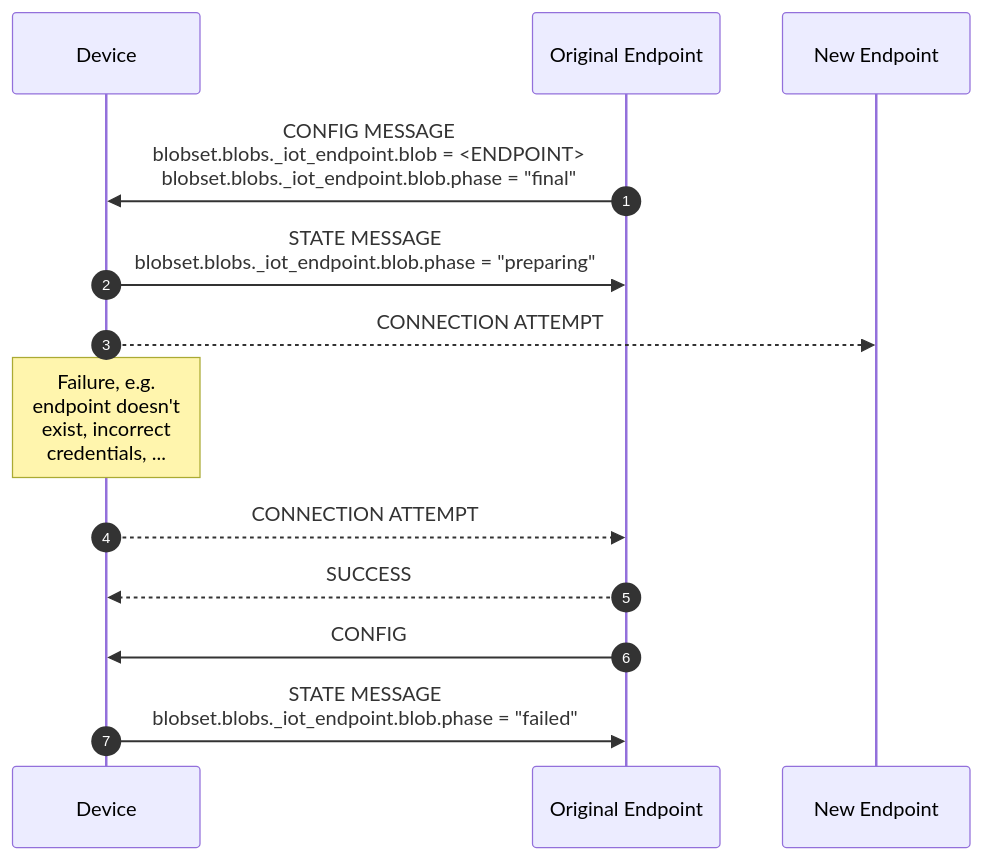
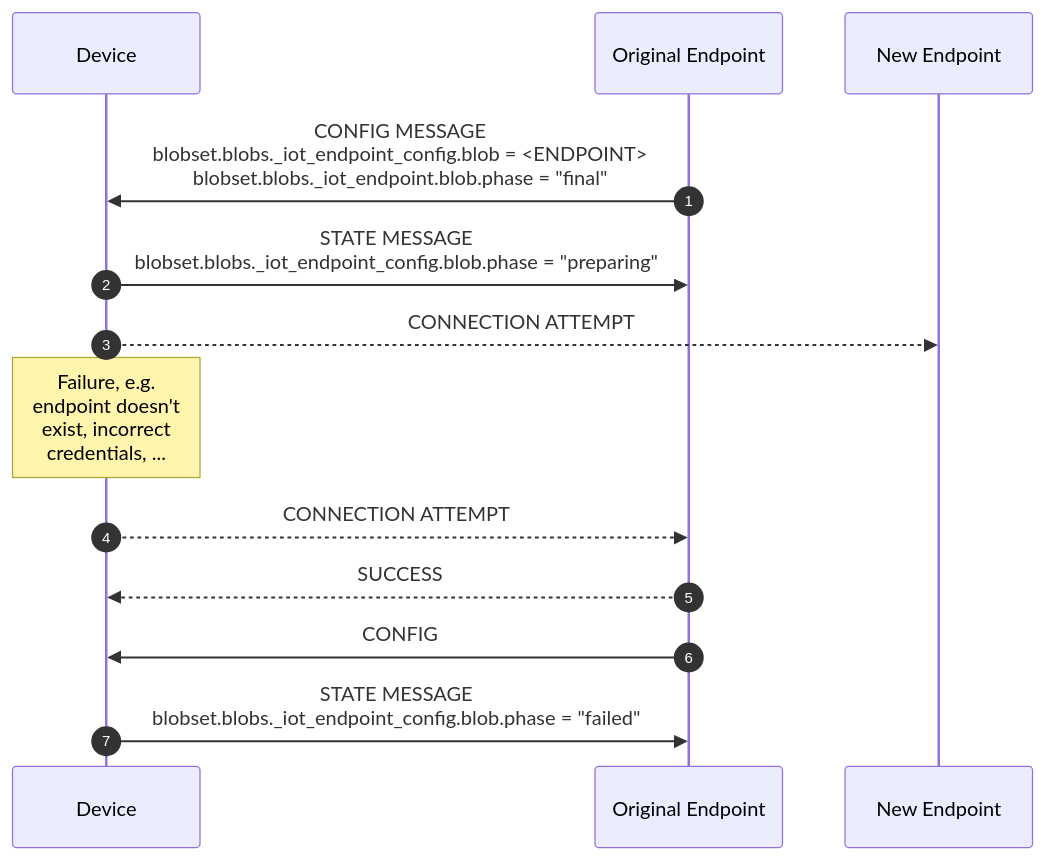
One commit to faucetsdn/udmi changed the second of 2 diagrams in docs/specs/sequences/endpoint_reconfiguration.md. Above: the diagram before and after it, drawn with Mermaid. The commit also changed other lines of this file, not shown here.

Commit message:
rename _iot_endpoint to _iot_endpoint_config

````diff
--- a/docs/specs/sequences/endpoint_reconfiguration.md
+++ b/docs/specs/sequences/endpoint_reconfiguration.md
@@ -37,17 +37,17 @@
 ```mermaid
 %%{wrap}%%
 sequenceDiagram
     autonumber
     participant D as Device
     participant E as Original Endpoint
     participant E' as New Endpoint
-    E->>D:CONFIG MESSAGE<br>blobset.blobs._iot_endpoint.blob = <ENDPOINT><br>blobset.blobs._iot_endpoint.blob.phase = "final"
-    D->>E:STATE MESSAGE<BR>blobset.blobs._iot_endpoint.blob.phase = "preparing"
+    E->>D:CONFIG MESSAGE<br>blobset.blobs._iot_endpoint_config.blob = <ENDPOINT><br>blobset.blobs._iot_endpoint.blob.phase = "final"
+    D->>E:STATE MESSAGE<BR>blobset.blobs._iot_endpoint_config.blob.phase = "preparing"
     D-->>E':CONNECTION ATTEMPT
     note over D: Failure, e.g. endpoint doesn't exist, incorrect credentials, ...
     D-->>E:CONNECTION ATTEMPT
     E-->>D:SUCCESS
     E->>D:CONFIG
-    D->>E:STATE MESSAGE<BR>blobset.blobs._iot_endpoint.blob.phase = "failed"
+    D->>E:STATE MESSAGE<BR>blobset.blobs._iot_endpoint_config.blob.phase = "failed"
 
 ```
````
